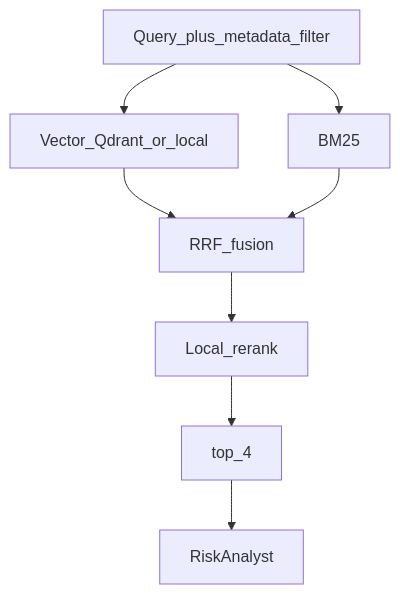
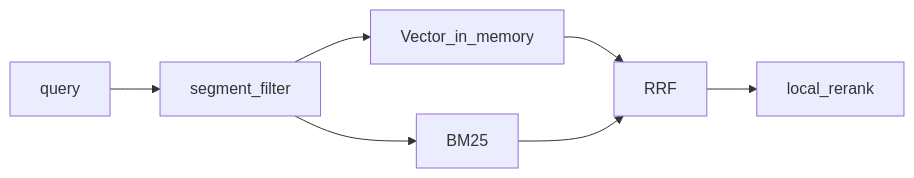
The diagram in docs/architecture/hybrid-rag.mmd (AdamCage/scoring-ai-agents-langchain), drawn with Mermaid before and after one commit. The commit also changed 80 other files, not shown here.

```diff
--- a/docs/architecture/hybrid-rag.mmd
+++ b/docs/architecture/hybrid-rag.mmd
@@ -1,12 +1,11 @@
-flowchart TD
-  Query[Query_plus_metadata_filter]
-  Vector[Vector_Qdrant_or_local]
+flowchart LR
+  Query[query]
+  Filter[segment_filter]
+  Vector[Vector_in_memory]
   BM25[BM25]
-  RRF[RRF_fusion]
-  Rerank[Local_rerank]
-  Top[top_4]
-  LLM[RiskAnalyst]
-
-  Query --> Vector --> RRF
-  Query --> BM25 --> RRF
-  RRF --> Rerank --> Top --> LLM
+  RRF[RRF]
+  Rerank[local_rerank]
+  Query --> Filter --> Vector
+  Filter --> BM25
+  Vector --> RRF
+  BM25 --> RRF --> Rerank
```
